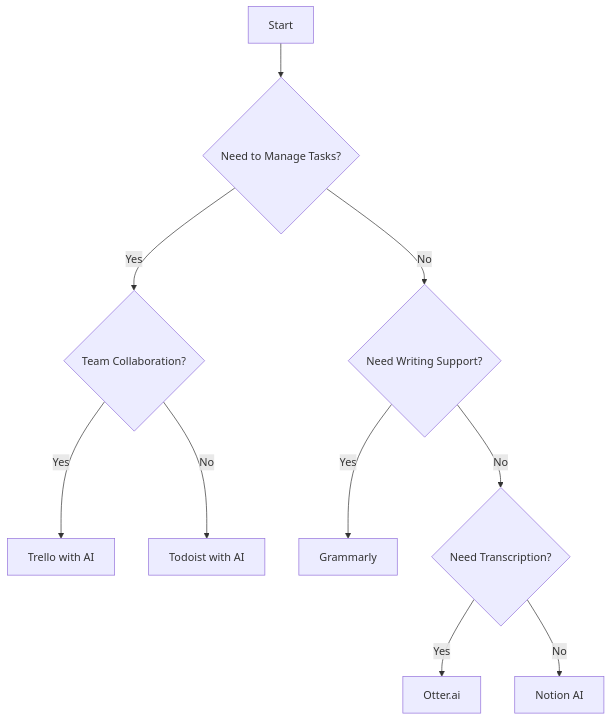
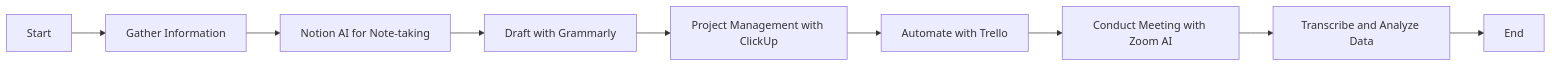
The diagram in content/posts/top-ai-tools-to-boost-your-productivity-in-2026.md (ai-tools-lab/ai-tools-lab.github.io), drawn with Mermaid before and after one commit. The commit also changed other lines of this file and 52 other files, not shown here.

````diff
--- a/content/posts/top-ai-tools-to-boost-your-productivity-in-2026.md
+++ b/content/posts/top-ai-tools-to-boost-your-productivity-in-2026.md
@@ -190,12 +176,11 @@
 ```mermaid
-graph TD;
-    A[Start] --> B{Need to Manage Tasks?}
-    B -->|Yes| C{Team Collaboration?}
-    C -->|Yes| D[Trello with AI]
-    C -->|No| E[Todoist with AI]
-    B -->|No| F{Need Writing Support?}
-    F -->|Yes| G[Grammarly]
-    F -->|No| H{Need Transcription?}
-    H -->|Yes| I[Otter.ai]
-    H -->|No| J[Notion AI]
+flowchart LR
+    A[Start] --> B[Gather Information]
+    B --> C[Notion AI for Note-taking]
+    C --> D[Draft with Grammarly]
+    D --> E[Project Management with ClickUp]
+    E --> F[Automate with Trello]
+    F --> G[Conduct Meeting with Zoom AI]
+    G --> H[Transcribe and Analyze Data]
+    H --> I[End]
 ```
````
